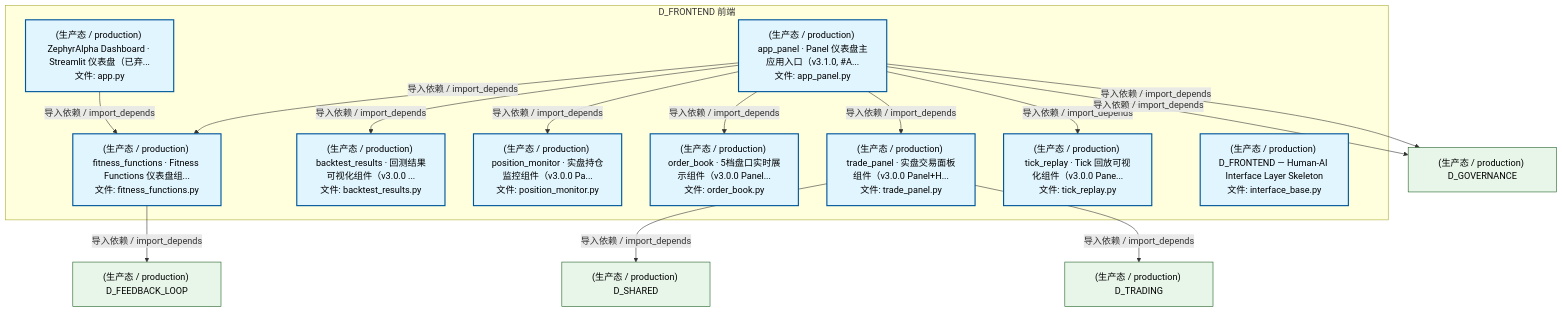
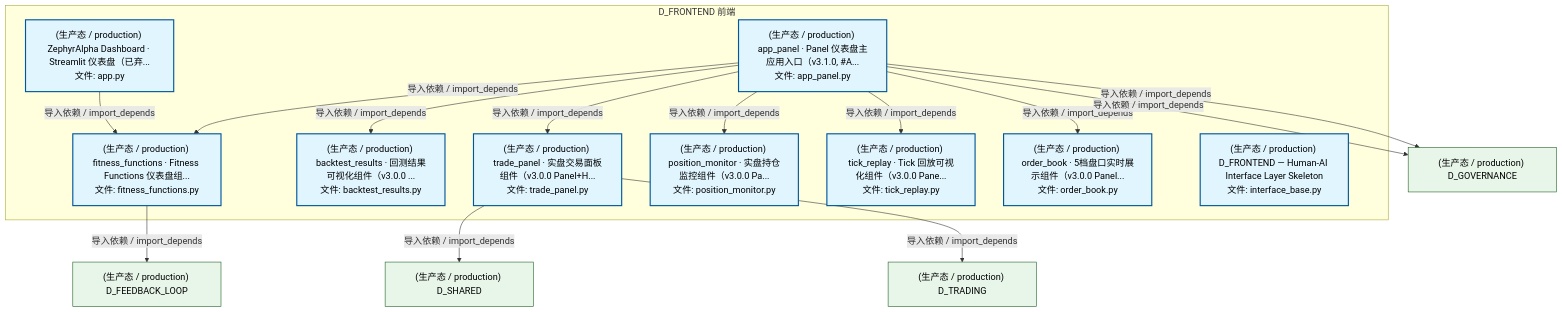
Before and after one commit to xuanFelixVan/ZephyrAlpha: the second of 5 diagrams in docs/02_enterprise_architecture/02_domain_architecture_docs/15_d_frontend.md, drawn with Mermaid. The commit also changed other lines of this file and 97 other files, not shown here.

````diff
--- a/docs/02_enterprise_architecture/02_domain_architecture_docs/15_d_frontend.md
+++ b/docs/02_enterprise_architecture/02_domain_architecture_docs/15_d_frontend.md
@@ -165,36 +165,36 @@
 ```mermaid
 graph TD
     subgraph D_FRONTEND["D_FRONTEND 前端"]
         src_zephyr_frontend_dashboard_app_py["(生产态 / production) ZephyrAlpha Dashboard · Streamlit 仪表盘（已弃...<br/>文件: app.py"]
         src_zephyr_frontend_dashboard_app_panel_py["(生产态 / production) app_panel · Panel 仪表盘主应用入口（v3.1.0, #A...<br/>文件: app_panel.py"]
         src_zephyr_frontend_dashboard_components_backtest_results_py["(生产态 / production) backtest_results · 回测结果可视化组件（v3.0.0 ...<br/>文件: backtest_results.py"]
         src_zephyr_frontend_dashboard_components_fitness_functions_py["(生产态 / production) fitness_functions · Fitness Functions 仪表盘组...<br/>文件: fitness_functions.py"]
         src_zephyr_frontend_dashboard_components_order_book_py["(生产态 / production) order_book · 5档盘口实时展示组件（v3.0.0 Panel...<br/>文件: order_book.py"]
         src_zephyr_frontend_dashboard_components_position_monitor_py["(生产态 / production) position_monitor · 实盘持仓监控组件（v3.0.0 Pa...<br/>文件: position_monitor.py"]
         src_zephyr_frontend_dashboard_components_tick_replay_py["(生产态 / production) tick_replay · Tick 回放可视化组件（v3.0.0 Pane...<br/>文件: tick_replay.py"]
         src_zephyr_frontend_dashboard_components_trade_panel_py["(生产态 / production) trade_panel · 实盘交易面板组件（v3.0.0 Panel+H...<br/>文件: trade_panel.py"]
         src_zephyr_frontend_interface_base_py["(生产态 / production) D_FRONTEND — Human-AI Interface Layer Skeleton<br/>文件: interface_base.py"]
     end
     src_zephyr_frontend_dashboard_app_py -->|导入依赖 / import_depends| src_zephyr_frontend_dashboard_components_fitness_functions_py
     src_zephyr_frontend_dashboard_app_panel_py -->|导入依赖 / import_depends| src_zephyr_frontend_dashboard_components_fitness_functions_py
     src_zephyr_frontend_dashboard_app_panel_py -->|导入依赖 / import_depends| src_zephyr_frontend_dashboard_components_backtest_results_py
+    src_zephyr_frontend_dashboard_app_panel_py -->|导入依赖 / import_depends| src_zephyr_frontend_dashboard_components_trade_panel_py
     src_zephyr_frontend_dashboard_app_panel_py -->|导入依赖 / import_depends| src_zephyr_frontend_dashboard_components_position_monitor_py
+    src_zephyr_frontend_dashboard_app_panel_py -->|导入依赖 / import_depends| src_zephyr_frontend_dashboard_components_tick_replay_py
     src_zephyr_frontend_dashboard_app_panel_py -->|导入依赖 / import_depends| src_zephyr_frontend_dashboard_components_order_book_py
-    src_zephyr_frontend_dashboard_app_panel_py -->|导入依赖 / import_depends| src_zephyr_frontend_dashboard_components_trade_panel_py
-    src_zephyr_frontend_dashboard_app_panel_py -->|导入依赖 / import_depends| src_zephyr_frontend_dashboard_components_tick_replay_py
     D_GOVERNANCE["(生产态 / production) D_GOVERNANCE"]
     src_zephyr_frontend_dashboard_app_panel_py -->|导入依赖 / import_depends| D_GOVERNANCE
     D_FEEDBACK_LOOP["(生产态 / production) D_FEEDBACK_LOOP"]
     src_zephyr_frontend_dashboard_components_fitness_functions_py -->|导入依赖 / import_depends| D_FEEDBACK_LOOP
     D_SHARED["(生产态 / production) D_SHARED"]
     src_zephyr_frontend_dashboard_components_trade_panel_py -->|导入依赖 / import_depends| D_SHARED
     src_zephyr_frontend_dashboard_app_panel_py -->|导入依赖 / import_depends| D_GOVERNANCE
     D_TRADING["(生产态 / production) D_TRADING"]
     src_zephyr_frontend_dashboard_components_trade_panel_py -->|导入依赖 / import_depends| D_TRADING
     classDef production fill:#e1f5fe,stroke:#01579b,stroke-width:2px,color:#000
     classDef design fill:#fff3e0,stroke:#e65100,stroke-width:2px,color:#000,stroke-dasharray: 5 5
     classDef external_prod fill:#e8f5e9,stroke:#1b5e20,stroke-width:1px,color:#000
     classDef external_design fill:#fce4ec,stroke:#880e4f,stroke-width:1px,color:#000,stroke-dasharray: 5 5
     class src_zephyr_frontend_dashboard_app_py,src_zephyr_frontend_dashboard_app_panel_py,src_zephyr_frontend_dashboard_components_backtest_results_py,src_zephyr_frontend_dashboard_components_fitness_functions_py,src_zephyr_frontend_dashboard_components_order_book_py,src_zephyr_frontend_dashboard_components_position_monitor_py,src_zephyr_frontend_dashboard_components_tick_replay_py,src_zephyr_frontend_dashboard_components_trade_panel_py,src_zephyr_frontend_interface_base_py production
     class D_GOVERNANCE,D_FEEDBACK_LOOP,D_SHARED,D_TRADING external_prod
 ```
````
